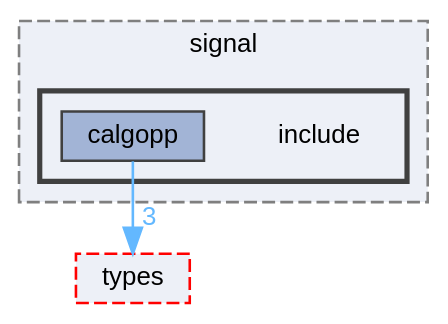
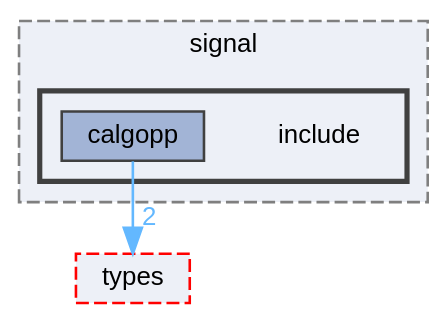
The diagram in dir_ce9793416a06fc10dc2fdb3e3d7ba24b_dep.dot (pawelekg95/algopp), drawn with Graphviz before and after one commit. The commit also changed 257 other files, not shown here.

```diff
--- a/dir_ce9793416a06fc10dc2fdb3e3d7ba24b_dep.dot
+++ b/dir_ce9793416a06fc10dc2fdb3e3d7ba24b_dep.dot
@@ -1,18 +1,18 @@
 digraph "lib/signal/include"
 {
  // LATEX_PDF_SIZE
   bgcolor="transparent";
   edge [fontname=Helvetica,fontsize=10,labelfontname=Helvetica,labelfontsize=10];
   node [fontname=Helvetica,fontsize=10,shape=box,height=0.2,width=0.4];
   compound=true
   subgraph clusterdir_85595cb542db97c92303133db6d9ba0a {
     graph [ bgcolor="#edf0f7", pencolor="grey50", label="signal", fontname=Helvetica,fontsize=10 style="filled,dashed", URL="dir_85595cb542db97c92303133db6d9ba0a.html",tooltip=""]
   subgraph clusterdir_ce9793416a06fc10dc2fdb3e3d7ba24b {
     graph [ bgcolor="#edf0f7", pencolor="grey25", label="", fontname=Helvetica,fontsize=10 style="filled,bold", URL="dir_ce9793416a06fc10dc2fdb3e3d7ba24b.html",tooltip=""]
     dir_ce9793416a06fc10dc2fdb3e3d7ba24b [shape=plaintext, label="include"];
   dir_d26ecec07bd4dbf94ab891152eb0493d [label="calgopp", fillcolor="#a2b4d6", color="grey25", style="filled", URL="dir_d26ecec07bd4dbf94ab891152eb0493d.html",tooltip=""];
   }
   }
   dir_560694f03ee5bf1136d79e4f1ca1ca37 [label="types", fillcolor="#edf0f7", color="red", style="filled,dashed", URL="dir_560694f03ee5bf1136d79e4f1ca1ca37.html",tooltip=""];
-  dir_d26ecec07bd4dbf94ab891152eb0493d->dir_560694f03ee5bf1136d79e4f1ca1ca37 [headlabel="3", labeldistance=1.5 headhref="dir_000009_000028.html" color="steelblue1" fontcolor="steelblue1"];
+  dir_d26ecec07bd4dbf94ab891152eb0493d->dir_560694f03ee5bf1136d79e4f1ca1ca37 [headlabel="2", labeldistance=1.5 headhref="dir_000005_000020.html" color="steelblue1" fontcolor="steelblue1"];
 }
```
